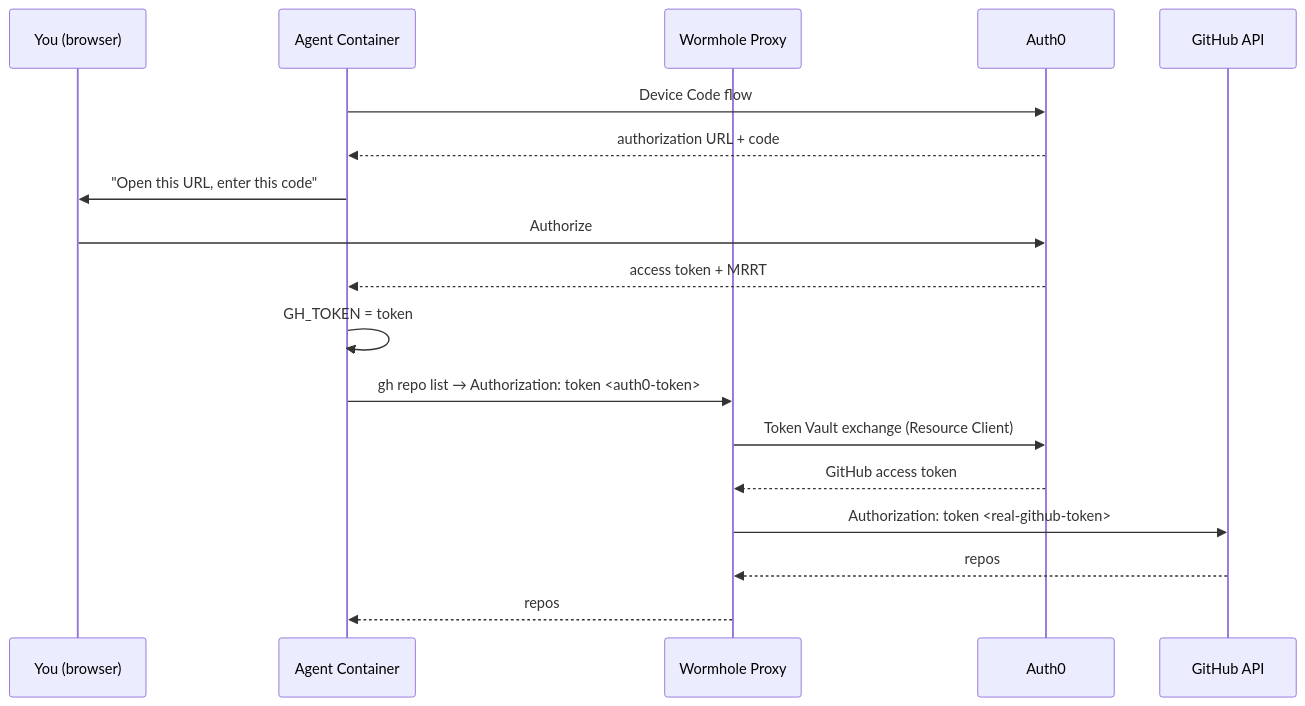
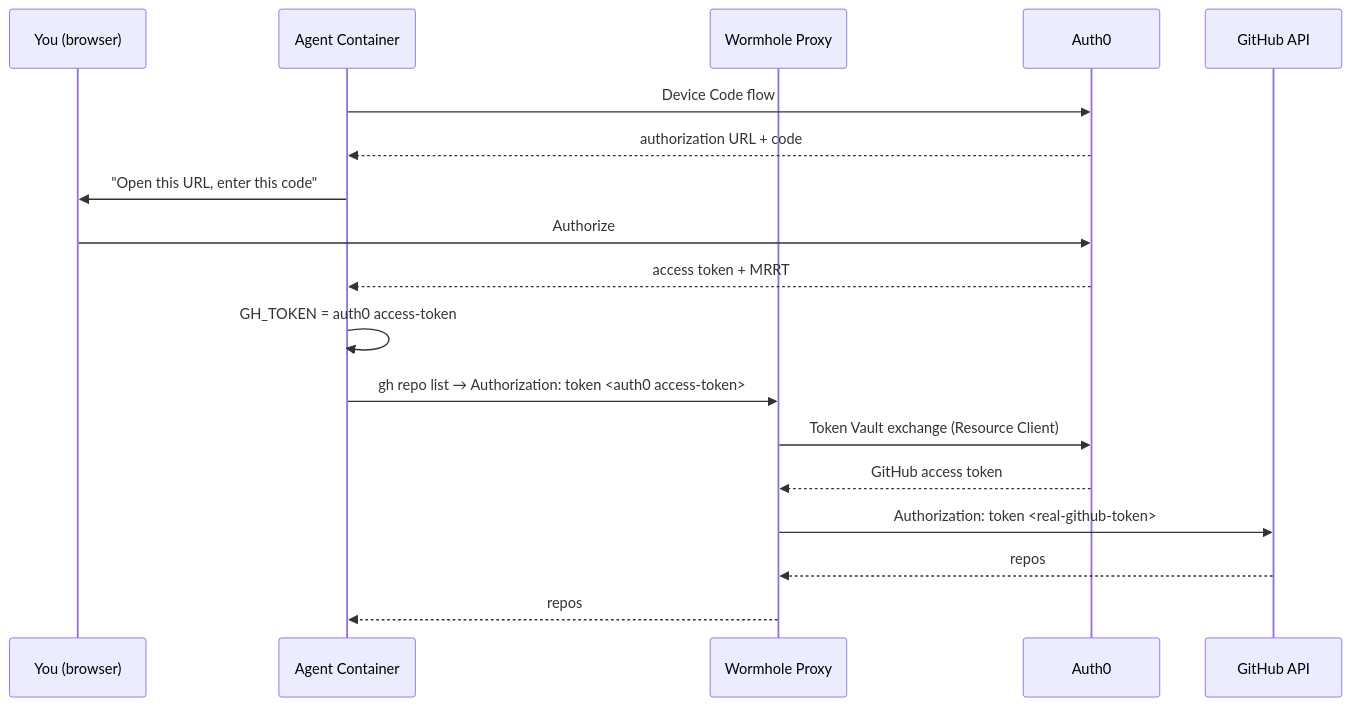
Before and after one commit to ciamshrek/wormhole: the diagram in examples/gh-token-vault/README.md, drawn with Mermaid. The commit also changed other lines of this file and 2 other files, not shown here.

Commit message:
Clean up stale manual steps from terraform outputs and README
Terraform handles Token Vault, Connected Accounts, and MRRT
config automatically — no manual dashboard steps needed.

````diff
--- a/examples/gh-token-vault/README.md
+++ b/examples/gh-token-vault/README.md
@@ -5,22 +5,22 @@
 ```mermaid
 sequenceDiagram
     participant User as You (browser)
     participant Agent as Agent Container
     participant Proxy as Wormhole Proxy
     participant Auth0 as Auth0
     participant GH as GitHub API
 
     Agent->>Auth0: Device Code flow
     Auth0-->>Agent: authorization URL + code
     Agent->>User: "Open this URL, enter this code"
     User->>Auth0: Authorize
     Auth0-->>Agent: access token + MRRT
 
-    Agent->>Agent: GH_TOKEN = token
-    Agent->>Proxy: gh repo list → Authorization: token <auth0-token>
+    Agent->>Agent: GH_TOKEN = auth0 access-token
+    Agent->>Proxy: gh repo list → Authorization: token <auth0 access-token>
     Proxy->>Auth0: Token Vault exchange (Resource Client)
     Auth0-->>Proxy: GitHub access token
     Proxy->>GH: Authorization: token <real-github-token>
     GH-->>Proxy: repos
     Proxy-->>Agent: repos
 ```
````
